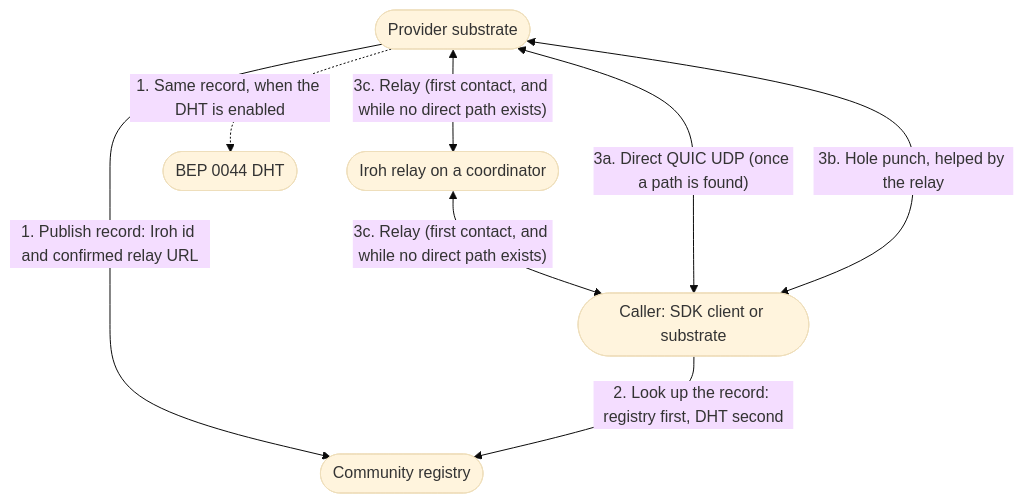
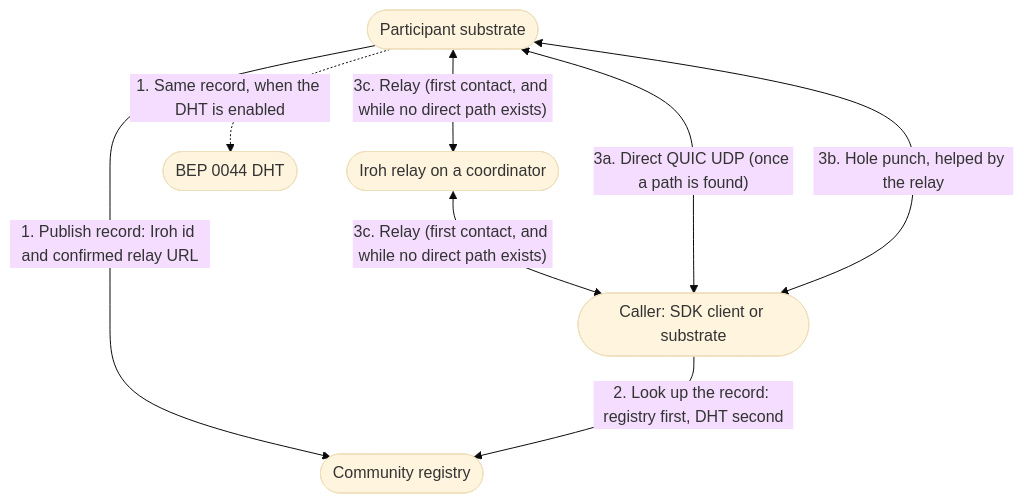
The third of 23 diagrams in docs/system-architecture.md (syneroym/syneroym), drawn with Mermaid (base theme) before and after one commit. The commit also changed other lines of this file and 106 other files, not shown here.

````diff
--- a/docs/system-architecture.md
+++ b/docs/system-architecture.md
@@ -258,17 +258,17 @@
 ```mermaid
 flowchart TD
-    A([Provider substrate])
+    A([Participant substrate])
     B([Caller: SDK client or substrate])
     R([Iroh relay on a coordinator])
     REG([Community registry])
     DHT([BEP 0044 DHT])
 
     A -->|"1. Publish record: Iroh id and confirmed relay URL"| REG
     A -.->|"1. Same record, when the DHT is enabled"| DHT
     B -->|"2. Look up the record: registry first, DHT second"| REG
 
     B <-->|"3a. Direct QUIC UDP (once a path is found)"| A
     B <-->|"3b. Hole punch, helped by the relay"| A
     A <-->|"3c. Relay (first contact, and while no direct path exists)"| R
     R <-->|"3c. Relay (first contact, and while no direct path exists)"| B
 ```
````
